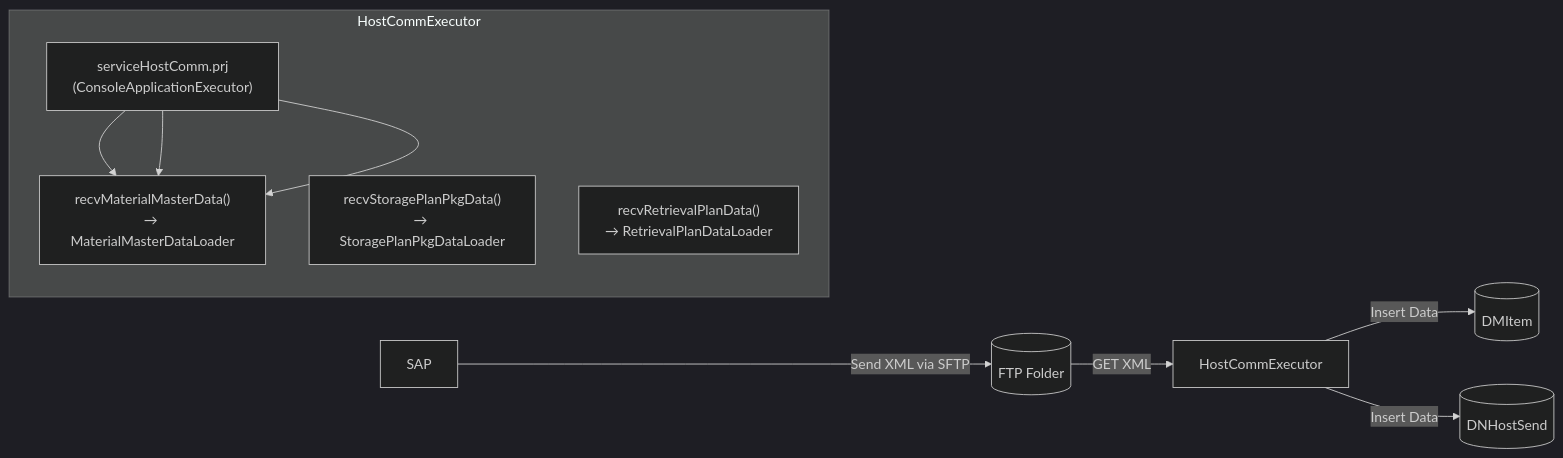
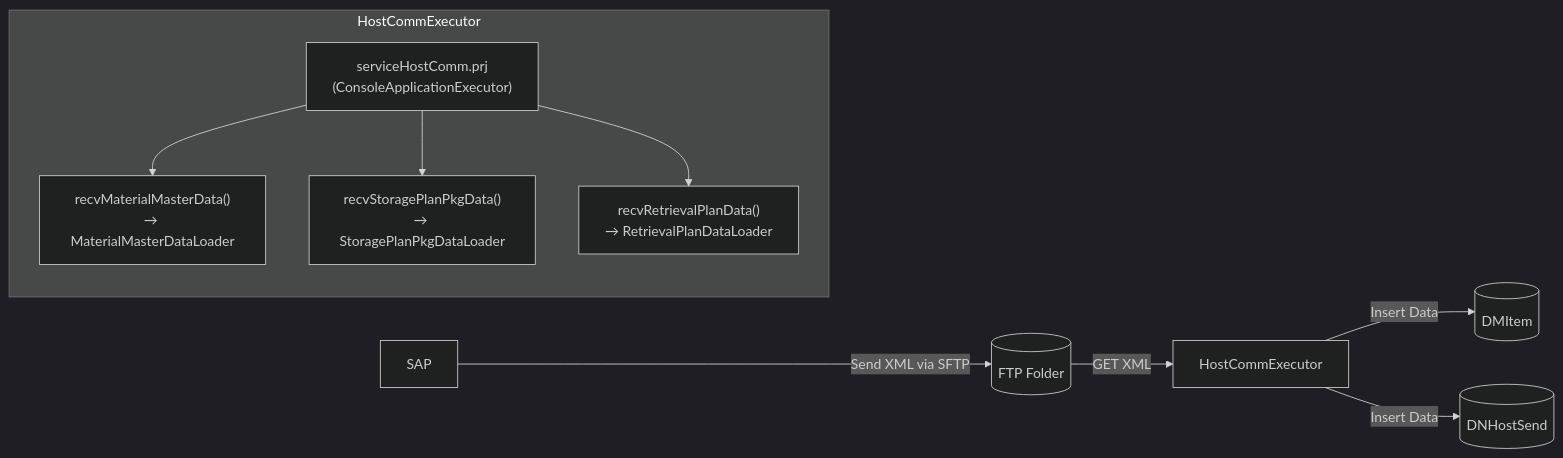
One commit to luthfiadityaa/SimeDarby-Wiki changed the diagram in Basic-Design/Host-Interfaces.md. Above: the diagram before and after it, drawn with Mermaid (dark theme).

Commit message:
Updated Host Interfaces

```diff
--- a/Basic-Design/Host-Interfaces.md
+++ b/Basic-Design/Host-Interfaces.md
@@ -31,17 +31,17 @@
 ::: mermaid
 flowchart LR
     A[SAP] -->|Send XML via SFTP| B[(FTP Folder)]
     B -->|GET XML| C[HostCommExecutor]
     C -->|Insert Data| E[(DMItem)]
     C -->|Insert Data| F[(DNHostSend)]
 
     subgraph HostCommExecutor
         C1["serviceHostComm.prj<br>(ConsoleApplicationExecutor)"]
         C2["recvMaterialMasterData()<br>→ MaterialMasterDataLoader"]
         C3["recvStoragePlanPkgData()<br>→ StoragePlanPkgDataLoader"]
         C4["recvRetrievalPlanData()<br>→ RetrievalPlanDataLoader"]
         C1 --> C2
-C1 --> C2
-C1 --> C2
+        C1 --> C3
+        C1 --> C4
     end
 :::
```
